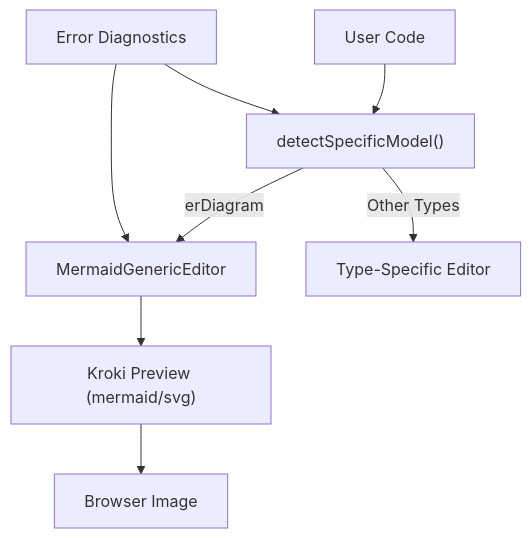
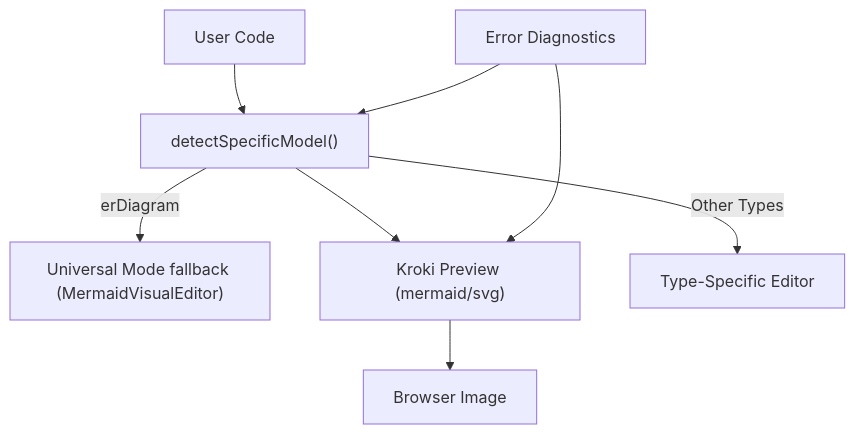
One commit to ongchonghian/universal-diagram-editor changed the first of 6 diagrams in .qoder/repowiki/en/content/Diagram Types and Formats/Mermaid Diagrams/Entity Relationship Diagrams.md. Above: the diagram before and after it, drawn with Mermaid. The commit also changed other lines of this file and 31 other files, not shown here.

````diff
--- a/.qoder/repowiki/en/content/Diagram Types and Formats/Mermaid Diagrams/Entity Relationship Diagrams.md
+++ b/.qoder/repowiki/en/content/Diagram Types and Formats/Mermaid Diagrams/Entity Relationship Diagrams.md
@@ -40,10 +37,10 @@
 ```mermaid
 graph TB
 A["User Code"] --> B["detectSpecificModel()"]
-B --> |erDiagram| C["MermaidGenericEditor"]
-C --> D["Kroki Preview (mermaid/svg)"]
+B --> |erDiagram| C["Universal Mode fallback (MermaidVisualEditor)"]
+B --> D["Kroki Preview (mermaid/svg)"]
 D --> E["Browser Image"]
 B --> |Other Types| F["Type-Specific Editor"]
 G["Error Diagnostics"] --> B
-G --> C
+G --> D
 ```
````
